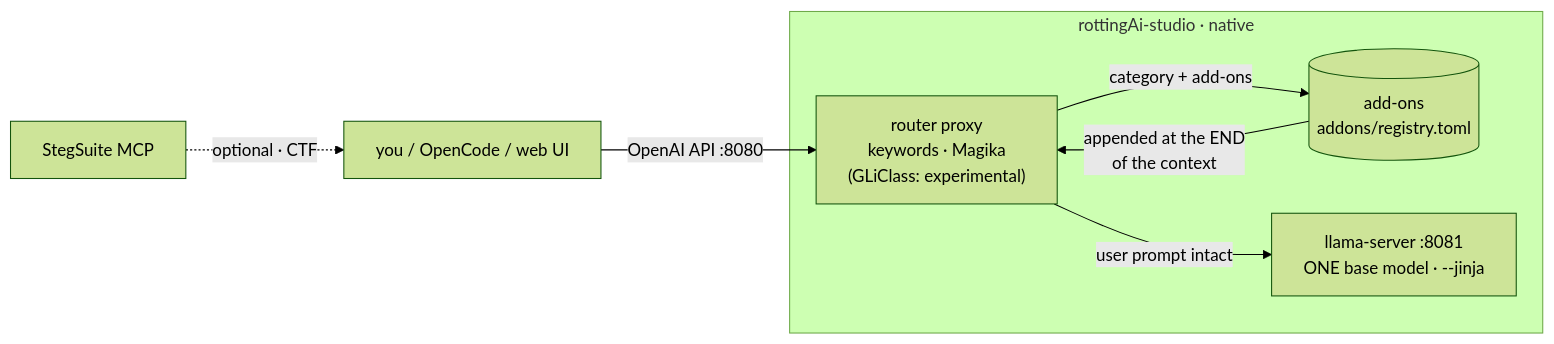
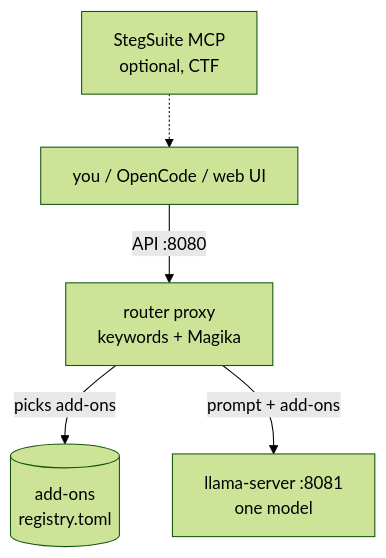
Before and after one commit to dexRand/rottingAi-studio: the diagram in README.md, drawn with Mermaid (forest theme). The commit also changed 1 other file, not shown here.

Commit message:
README: redraw the architecture diagram top-down
The LR version had a back edge (add-ons -> router) and long labels: in the
GitHub viewer the edge labels overlapped, node text was clipped and the
diagram had to be panned. A TB split (router -> add-ons, router -> llama-server)
is 360px wide, so it fits the card and the labels stay readable.

````diff
--- a/README.md
+++ b/README.md
@@ -35,14 +35,7 @@
 ```mermaid
-flowchart LR
-    subgraph Core["rottingAi-studio · native"]
-        R["router proxy<br/>keywords · Magika<br/>(GLiClass: experimental)"]
-        A[("add-ons<br/>addons/registry.toml")]
-        LS["llama-server :8081<br/>ONE base model · --jinja"]
-    end
-
-    U["you / OpenCode / web UI"] -->|"OpenAI API :8080"| R
-    R -->|"category + add-ons"| A
-    A -->|"appended at the END<br/>of the context"| R
-    R -->|"user prompt intact"| LS
-    MCP["StegSuite MCP"] -. "optional · CTF" .-> U
+flowchart TB
+    MCP["StegSuite MCP<br/>optional, CTF"] -.-> U
+    U["you / OpenCode / web UI"] -->|"API :8080"| R["router proxy<br/>keywords + Magika"]
+    R -->|"picks add-ons"| A[("add-ons<br/>registry.toml")]
+    R -->|"prompt + add-ons"| L["llama-server :8081<br/>one model"]
 ```
````
